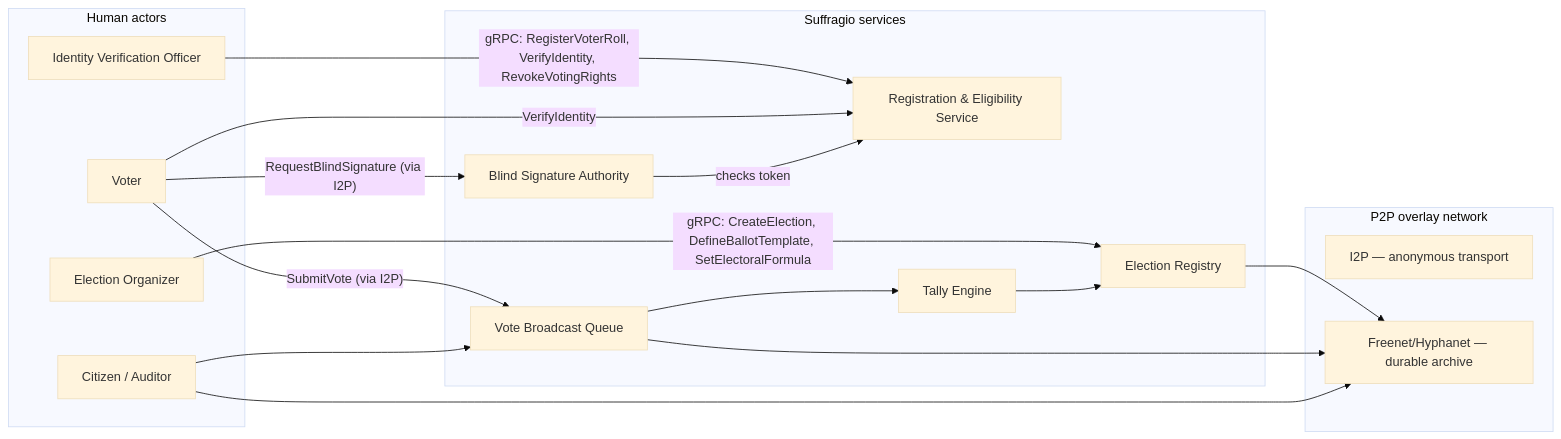
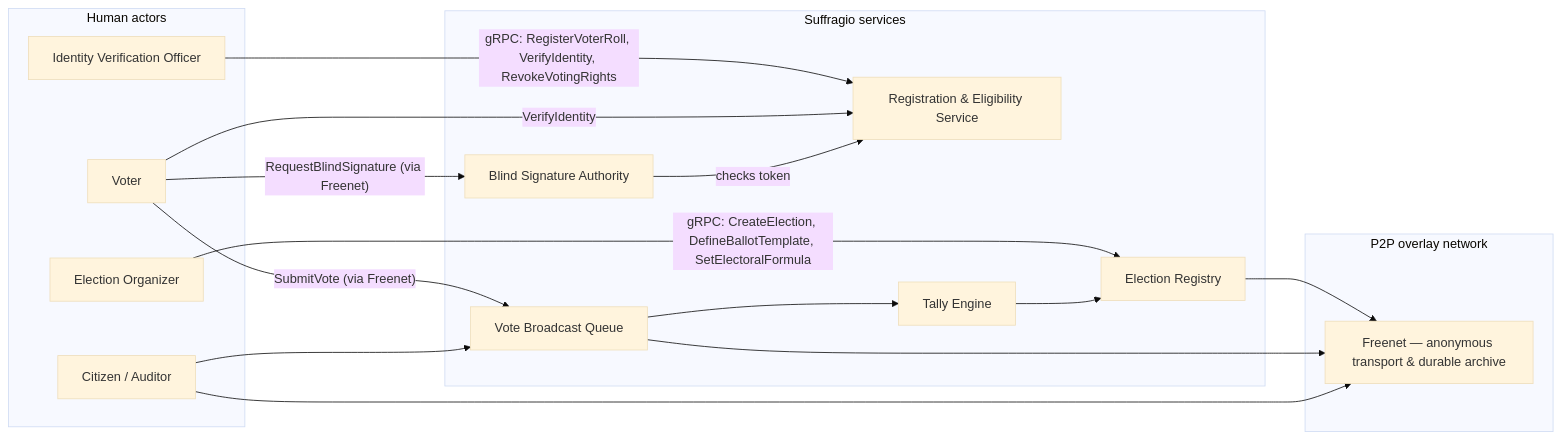
One commit to Suffragio/suffragio-spec changed the first of 3 diagrams in src/content/docs/architecture.md. Above: the diagram before and after it, drawn with Mermaid (base theme). The commit also changed other lines of this file and 5 other files, not shown here.

````diff
--- a/src/content/docs/architecture.md
+++ b/src/content/docs/architecture.md
@@ -25,35 +25,34 @@
 ```mermaid
 flowchart LR
     subgraph Humans["Human actors"]
         Voter["Voter"]
         Organizer["Election Organizer"]
         Registrar["Identity Verification Officer"]
         Auditor["Citizen / Auditor"]
     end
 
     subgraph System["Suffragio services"]
         Registry["Election Registry"]
         RegSvc["Registration &amp; Eligibility Service"]
         BSA["Blind Signature Authority"]
         Queue["Vote Broadcast Queue"]
         Tally["Tally Engine"]
     end
 
     subgraph Overlay["P2P overlay network"]
-        I2P["I2P — anonymous transport"]
-        Freenet["Freenet/Hyphanet — durable archive"]
+        Freenet["Freenet — anonymous transport &amp; durable archive"]
     end
 
     Organizer -- "gRPC: CreateElection, DefineBallotTemplate, SetElectoralFormula" --> Registry
     Registrar -- "gRPC: RegisterVoterRoll, VerifyIdentity, RevokeVotingRights" --> RegSvc
     Voter -- "VerifyIdentity" --> RegSvc
-    Voter -- "RequestBlindSignature (via I2P)" --> BSA
+    Voter -- "RequestBlindSignature (via Freenet)" --> BSA
     BSA -- "checks token" --> RegSvc
-    Voter -- "SubmitVote (via I2P)" --> Queue
+    Voter -- "SubmitVote (via Freenet)" --> Queue
     Queue --> Tally
     Tally --> Registry
     Registry --> Freenet
     Queue --> Freenet
     Auditor --> Freenet
     Auditor --> Queue
 ```
````
